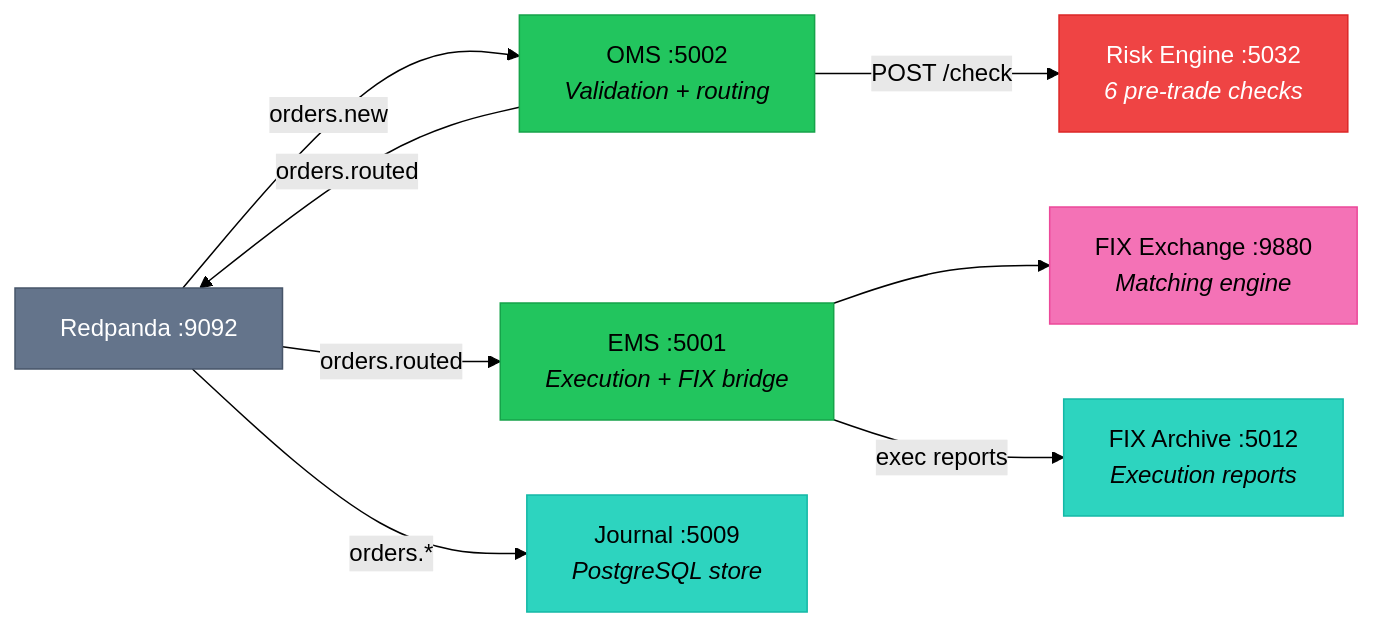
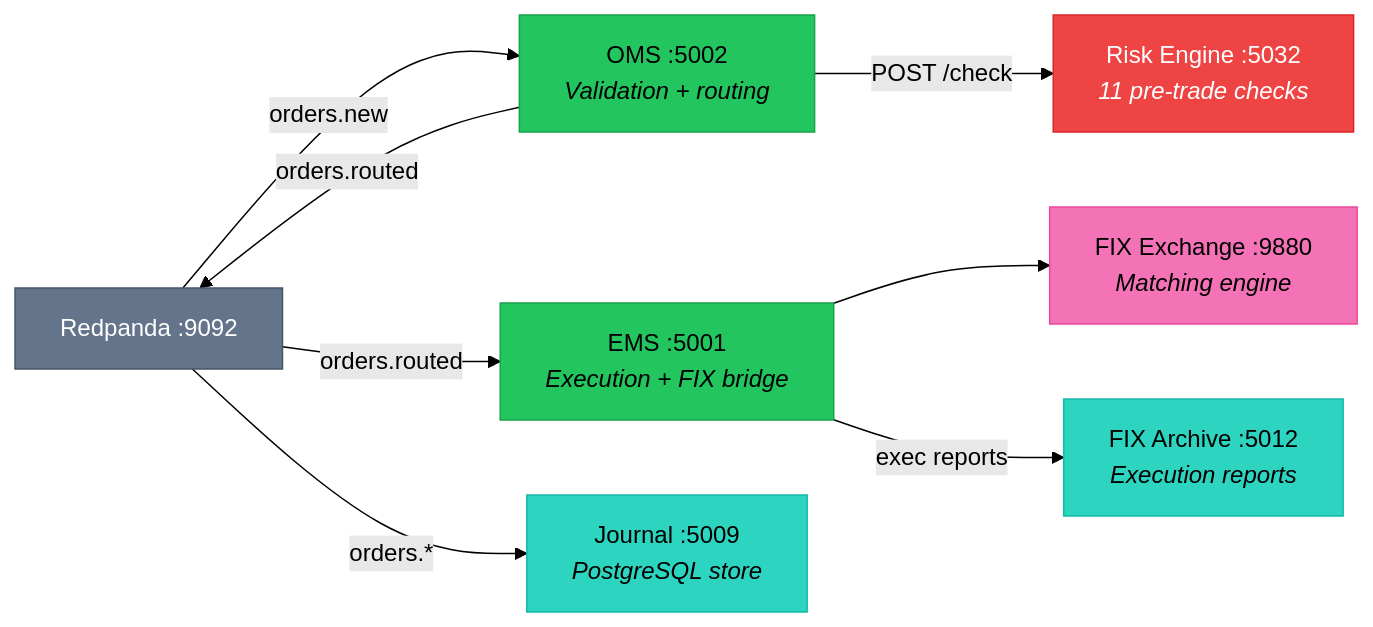
One commit to milesburton/veta-trading-platform changed the third of 8 diagrams in docs/site/src/content/docs/platform/architecture.md. Above: the diagram before and after it, drawn with Mermaid (forest theme). The commit also changed 7 other files, not shown here.

````diff
--- a/docs/site/src/content/docs/platform/architecture.md
+++ b/docs/site/src/content/docs/platform/architecture.md
@@ -70,24 +70,24 @@
 ```mermaid
 graph LR
     KAFKA["Redpanda :9092"]:::bus
     OMS["OMS :5002<br/><i>Validation + routing</i>"]:::trading
-    RISK["Risk Engine :5032<br/><i>6 pre-trade checks</i>"]:::risk
+    RISK["Risk Engine :5032<br/><i>11 pre-trade checks</i>"]:::risk
     EMS["EMS :5001<br/><i>Execution + FIX bridge</i>"]:::trading
     FIXEX["FIX Exchange :9880<br/><i>Matching engine</i>"]:::fix
     JOURNAL["Journal :5009<br/><i>PostgreSQL store</i>"]:::storage
     FIXARC["FIX Archive :5012<br/><i>Execution reports</i>"]:::storage
 
     KAFKA -->|"orders.new"| OMS
     OMS -->|"POST /check"| RISK
     OMS -->|"orders.routed"| KAFKA
     KAFKA -->|"orders.routed"| EMS
     EMS --> FIXEX
     KAFKA -->|"orders.*"| JOURNAL
     EMS -->|"exec reports"| FIXARC
 
     classDef bus fill:#64748b,stroke:#475569,color:#fff
     classDef trading fill:#22c55e,stroke:#16a34a,color:#000
     classDef risk fill:#ef4444,stroke:#dc2626,color:#fff
     classDef fix fill:#f472b6,stroke:#ec4899,color:#000
     classDef storage fill:#2dd4bf,stroke:#14b8a6,color:#000
 ```
````
